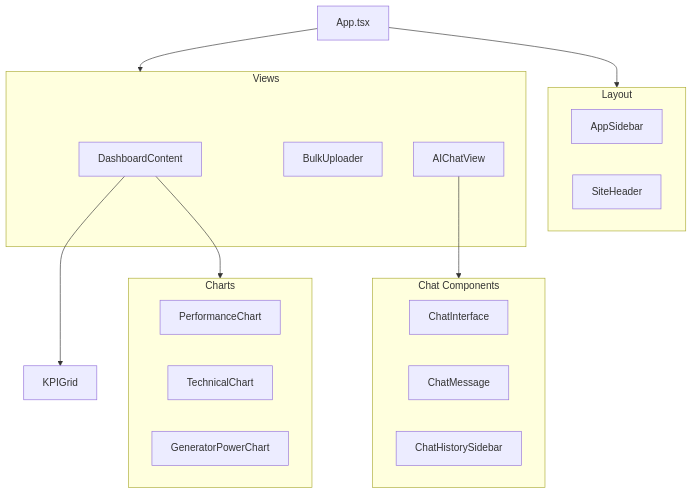
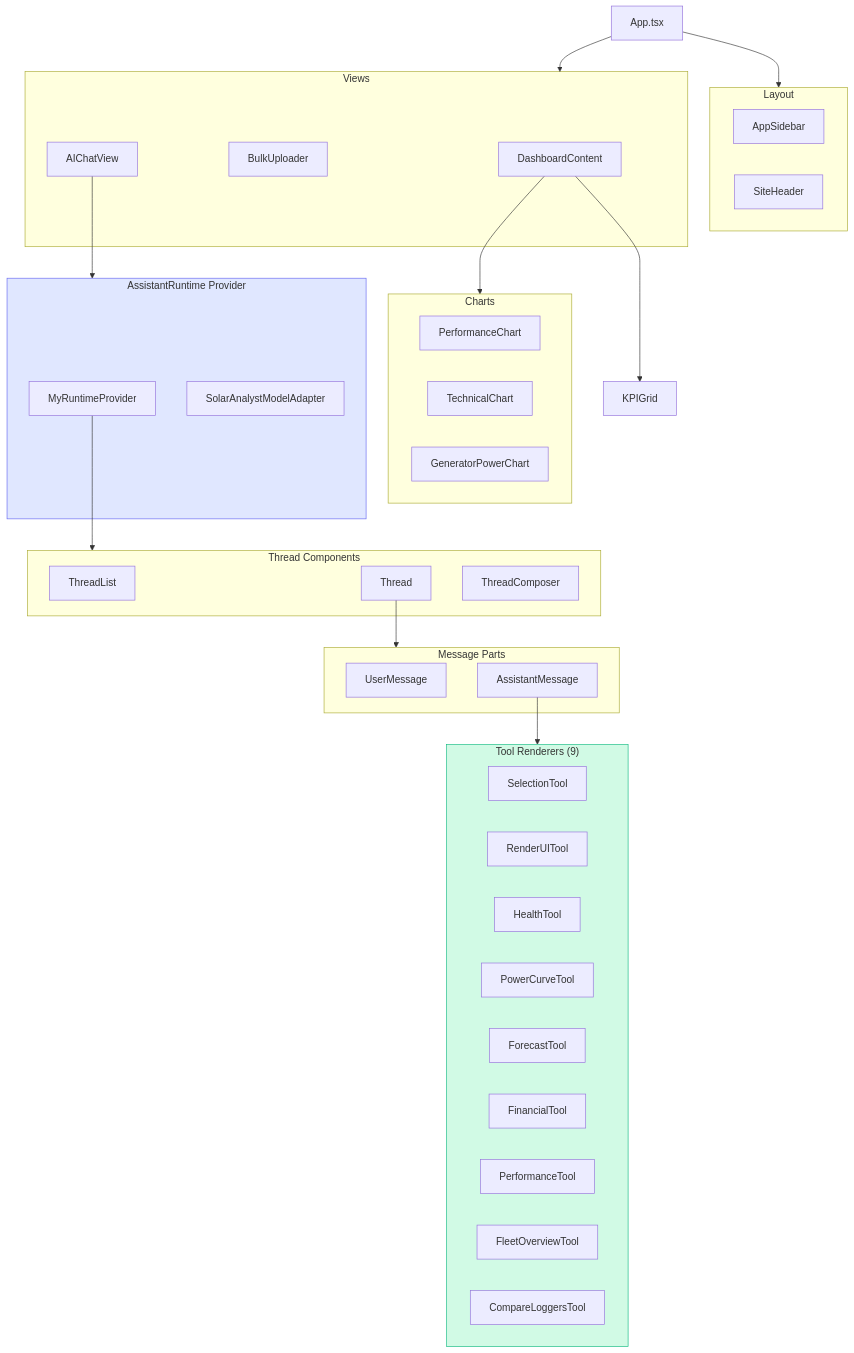
One commit to Thosam1/pv-monitoring-platform changed the first of 2 diagrams in diagrams/markdown/frontend-components.md. Above: the diagram before and after it, drawn with Mermaid. The commit also changed other lines of this file and 7 other files, not shown here.

First line of the commit message:
docs: audit and update mermaid diagrams for technical due diligence

````diff
--- a/diagrams/markdown/frontend-components.md
+++ b/diagrams/markdown/frontend-components.md
@@ -5,34 +5,62 @@
 ```mermaid
 flowchart TB
     App[App.tsx]
 
     App --> Layout
     App --> Views
 
     subgraph Layout["Layout"]
         Sidebar[AppSidebar]
         Header[SiteHeader]
     end
 
     subgraph Views["Views"]
         Dashboard[DashboardContent]
         Upload[BulkUploader]
         AIChat[AIChatView]
     end
 
     Dashboard --> Charts
     Dashboard --> KPI[KPIGrid]
 
     subgraph Charts["Charts"]
         Perf[PerformanceChart]
         Tech[TechnicalChart]
         Gen[GeneratorPowerChart]
     end
 
-    AIChat --> ChatUI
-    subgraph ChatUI["Chat Components"]
-        Interface[ChatInterface]
-        Message[ChatMessage]
-        History[ChatHistorySidebar]
+    AIChat --> Runtime
+    subgraph Runtime["AssistantRuntime Provider"]
+        MRP[MyRuntimeProvider]
+        Adapter[SolarAnalystModelAdapter]
     end
+
+    MRP --> Thread
+    subgraph Thread["Thread Components"]
+        ThreadList[ThreadList]
+        ThreadComp[Thread]
+        Composer[ThreadComposer]
+    end
+
+    ThreadComp --> Messages
+    subgraph Messages["Message Parts"]
+        UserMsg[UserMessage]
+        AssistantMsg[AssistantMessage]
+    end
+
+    AssistantMsg --> ToolUIs
+    subgraph ToolUIs["Tool Renderers (9)"]
+        TU1[SelectionTool]
+        TU2[RenderUITool]
+        TU3[HealthTool]
+        TU4[PowerCurveTool]
+        TU5[ForecastTool]
+        TU6[FinancialTool]
+        TU7[PerformanceTool]
+        TU8[FleetOverviewTool]
+        TU9[CompareLoggersTool]
+    end
+
+    style Runtime fill:#e0e7ff,stroke:#6366f1
+    style ToolUIs fill:#d1fae5,stroke:#10b981
 ```
````
